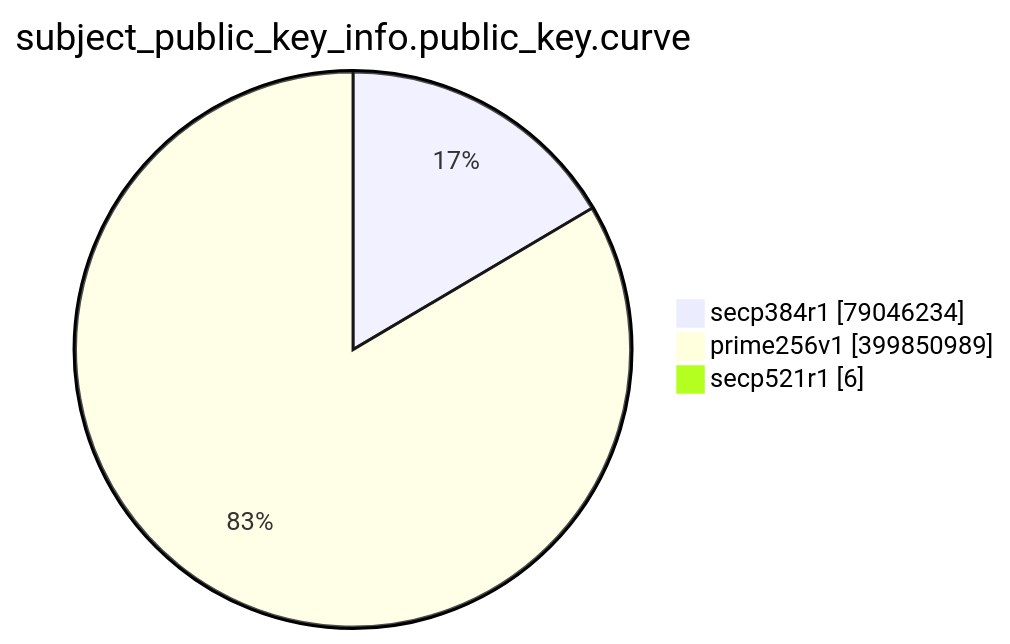
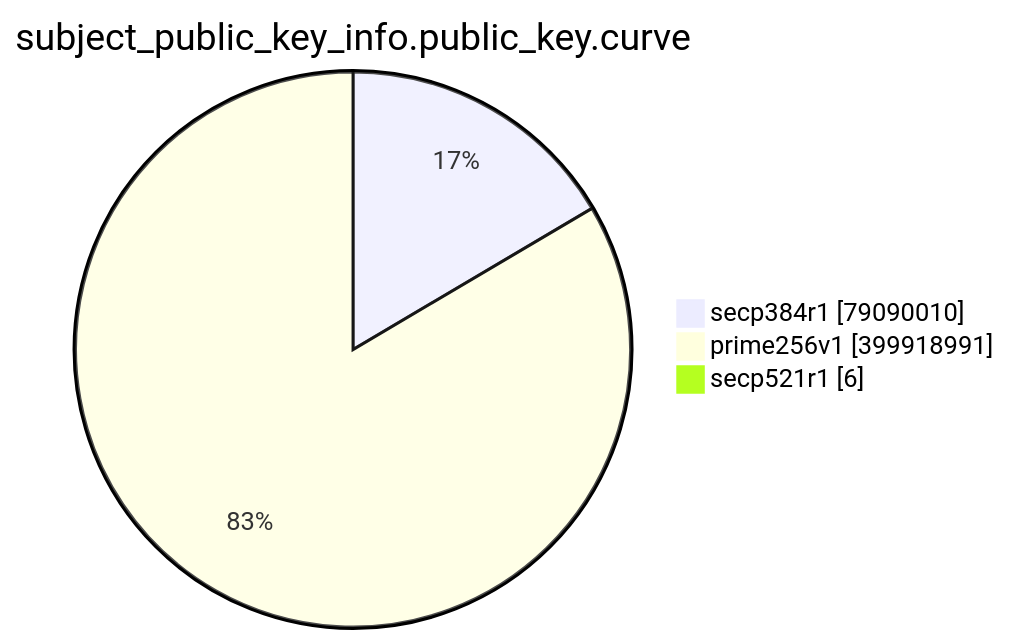
One commit to christiankrug/ctmonitor_visualization changed the eighth of 15 diagrams in TOTAL/README.md. Above: the diagram before and after it, drawn with Mermaid. The commit also changed other lines of this file, not shown here.

````diff
--- a/TOTAL/README.md
+++ b/TOTAL/README.md
@@ -3095,7 +3095,7 @@
 ```mermaid
 pie showData
 title subject_public_key_info.public_key.curve
-"secp384r1" :79046234
-"prime256v1" :399850989
+"secp384r1" :79090010
+"prime256v1" :399918991
 "secp521r1" :6
 ```
````
